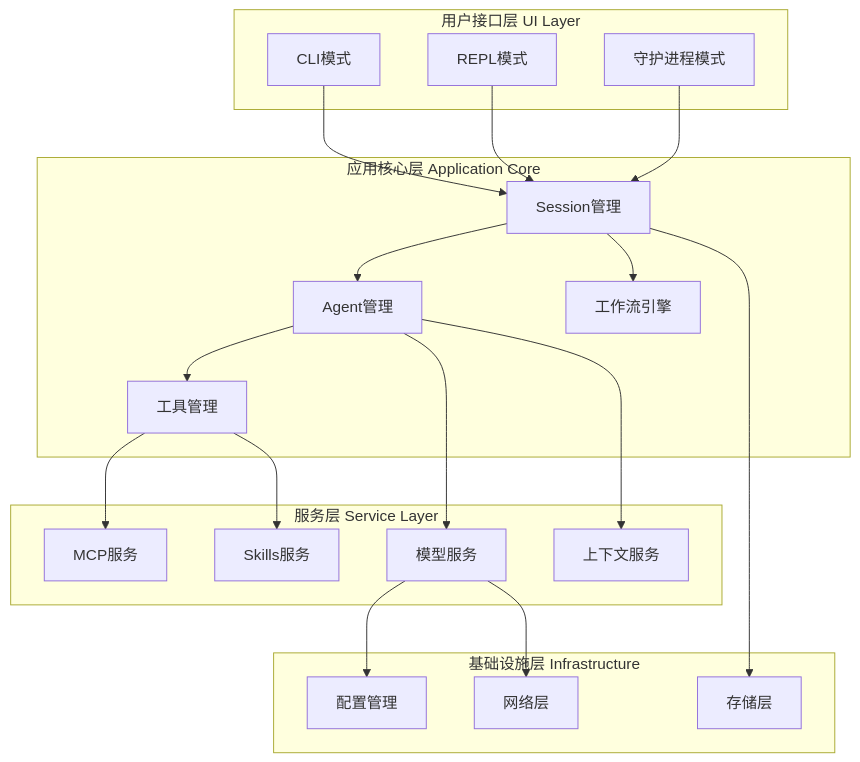
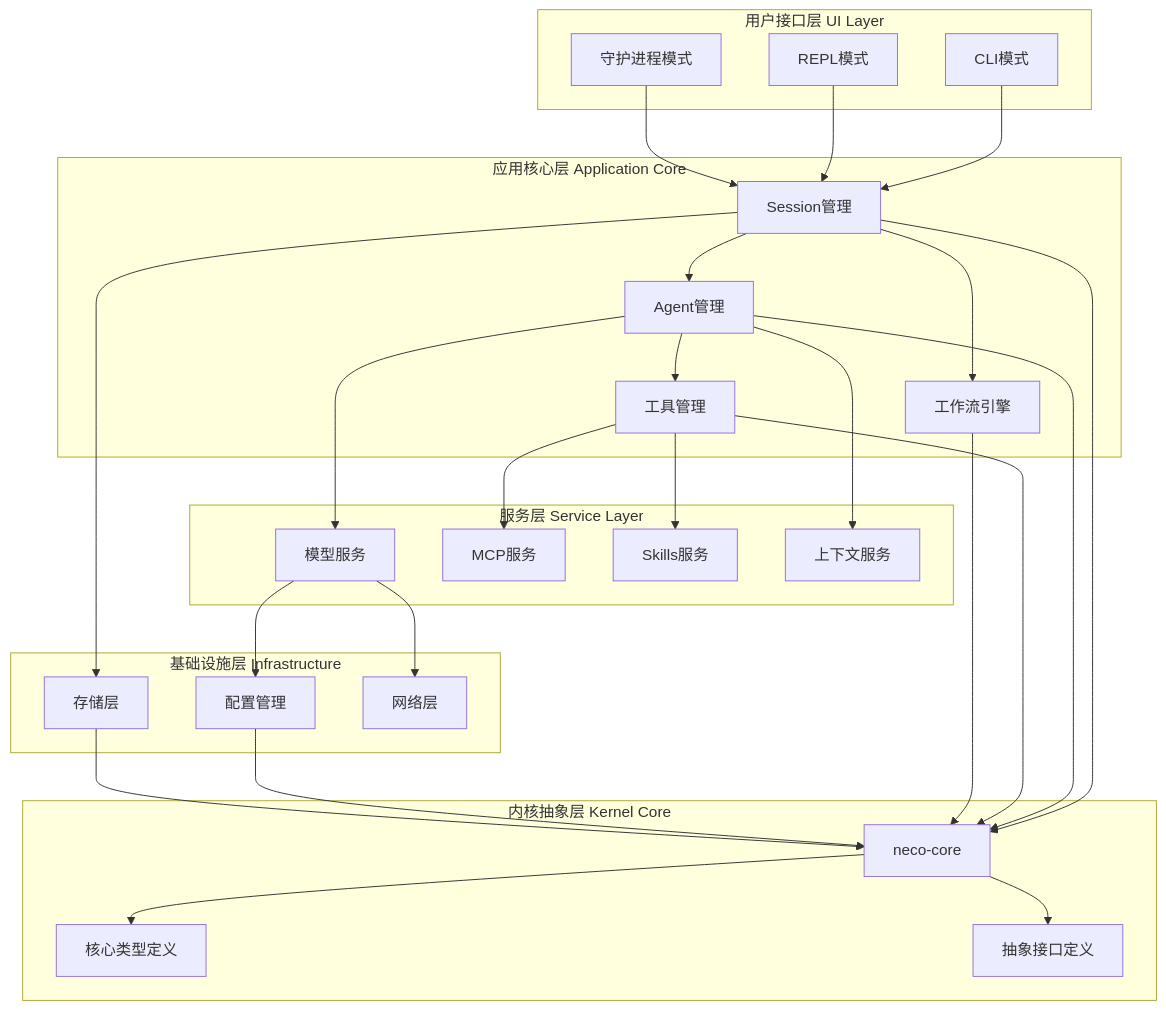
One commit to MiyakoMeow/neco changed the first of 17 diagrams in progress/TECH.md. Above: the diagram before and after it, drawn with Mermaid. The commit also changed other lines of this file and 10 other files, not shown here.

````diff
--- a/progress/TECH.md
+++ b/progress/TECH.md
@@ -19,45 +19,61 @@
 ```mermaid
 graph TB
     subgraph "用户接口层 UI Layer"
         CLI[CLI模式]
         REPL[REPL模式]
         Daemon[守护进程模式]
     end
 
     subgraph "应用核心层 Application Core"
         SessionMgr[Session管理]
         Workflow[工作流引擎]
         AgentMgr[Agent管理]
         ToolMgr[工具管理]
     end
 
     subgraph "服务层 Service Layer"
         ModelService[模型服务]
         MCPService[MCP服务]
         SkillService[Skills服务]
         ContextService[上下文服务]
     end
 
     subgraph "基础设施层 Infrastructure"
         Config[配置管理]
         Storage[存储层]
         Network[网络层]
     end
 
+    subgraph "内核抽象层 Kernel Core"
+        Core[neco-core]
+        Types[核心类型定义]
+        Traits[抽象接口定义]
+    end
+
     CLI --> SessionMgr
     REPL --> SessionMgr
     Daemon --> SessionMgr
     
     SessionMgr --> AgentMgr
     SessionMgr --> Workflow
     AgentMgr --> ToolMgr
     
     AgentMgr --> ModelService
     ToolMgr --> MCPService
     ToolMgr --> SkillService
     AgentMgr --> ContextService
     
     ModelService --> Config
     ModelService --> Network
     SessionMgr --> Storage
+    
+    SessionMgr --> Core
+    AgentMgr --> Core
+    ToolMgr --> Core
+    Workflow --> Core
+    Config --> Core
+    Storage --> Core
+    
+    Core --> Types
+    Core --> Traits
 ```
````
